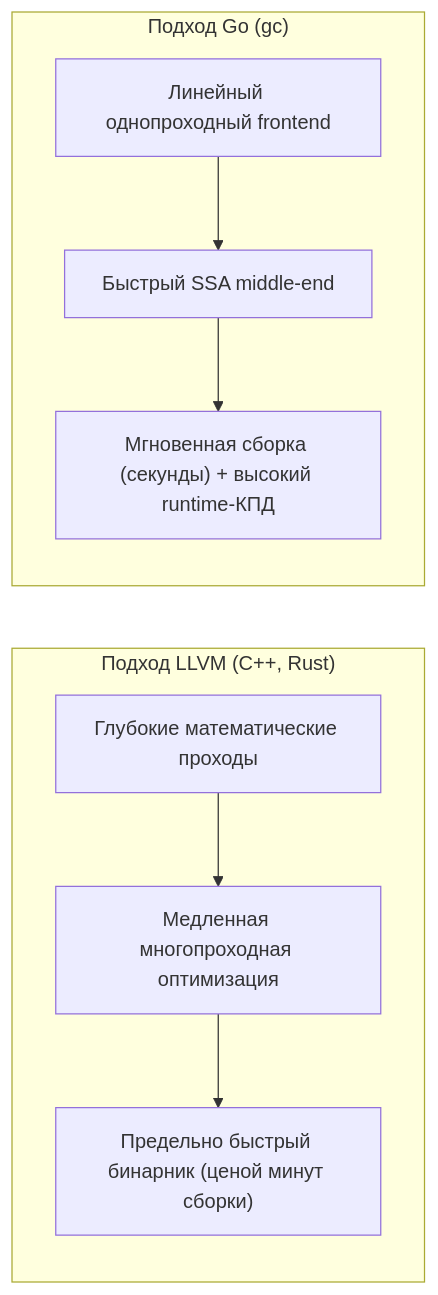
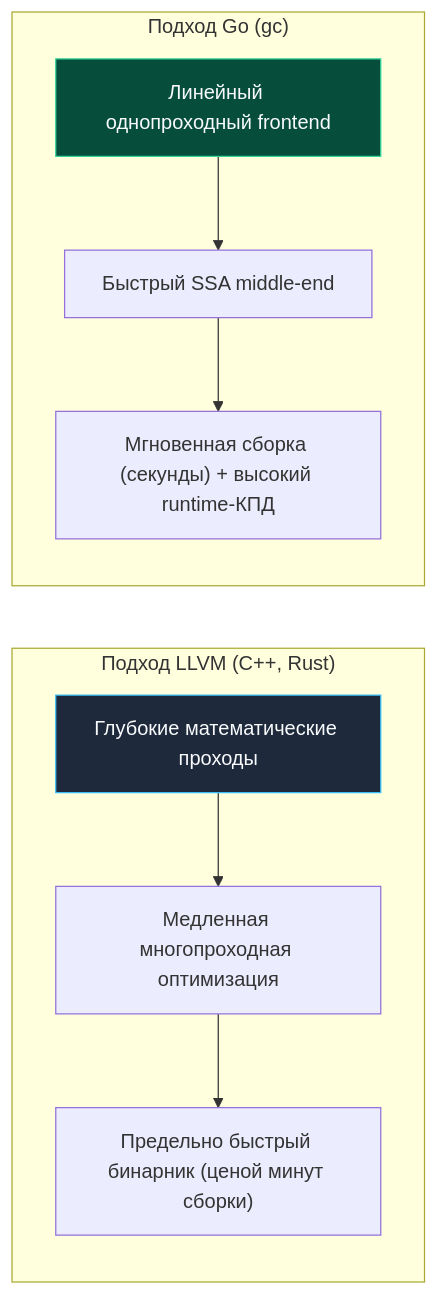
The first of 2 diagrams in sources/7. Глубокий Go (Внутреннее устройство)/2. Архитектура компилятора Go.md (UnrealTemplier/go-textbook), drawn with Mermaid before and after one commit. The commit also changed other lines of this file and 1666 other files, not shown here.

First line of the commit message:
feat(mermaid): add semantic color classDef to 1369 colorless flowchart/graph diagrams

````diff
--- a/sources/7. Глубокий Go (Внутреннее устройство)/2. Архитектура компилятора Go.md
+++ b/sources/7. Глубокий Go (Внутреннее устройство)/2. Архитектура компилятора Go.md
@@ -13,13 +13,23 @@
 ```mermaid
 flowchart LR
+    classDef process  fill:#1e293b,stroke:#38bdf8,stroke-width:1px,color:#f8fafc
+    classDef success  fill:#064e3b,stroke:#34d399,stroke-width:1px,color:#f8fafc
+    classDef error    fill:#7f1d1d,stroke:#f87171,stroke-width:1px,color:#f8fafc
+    classDef warning  fill:#78350f,stroke:#fbbf24,stroke-width:1px,color:#f8fafc
+    classDef entry    fill:#1e3a5f,stroke:#38bdf8,stroke-width:2px,color:#f8fafc
+    classDef aux      fill:#334155,stroke:#64748b,stroke-width:1px,color:#f8fafc
+    classDef system   fill:#312e81,stroke:#a78bfa,stroke-width:1px,color:#f8fafc
+    classDef data     fill:#132d29,stroke:#2dd4bf,stroke-width:1px,color:#f8fafc
+    classDef network  fill:#881337,stroke:#fb7185,stroke-width:1px,color:#f8fafc
+    classDef accent   fill:#1e1b4b,stroke:#818cf8,stroke-width:1px,color:#f8fafc
     subgraph LLVMApproach["Подход LLVM (C++, Rust)"]
         direction TB
-        L1["Глубокие математические проходы"] --> L2["Медленная многопроходная оптимизация"]
+        L1["Глубокие математические проходы"]:::process --> L2["Медленная многопроходная оптимизация"]
         L2 --> L3["Предельно быстрый бинарник (ценой минут сборки)"]
     end
     subgraph GoApproach["Подход Go (gc)"]
         direction TB
-        G1["Линейный однопроходный frontend"] --> G2["Быстрый SSA middle-end"]
+        G1["Линейный однопроходный frontend"]:::success --> G2["Быстрый SSA middle-end"]
         G2 --> G3["Мгновенная сборка (секунды) + высокий runtime-КПД"]
     end
 ```
````
